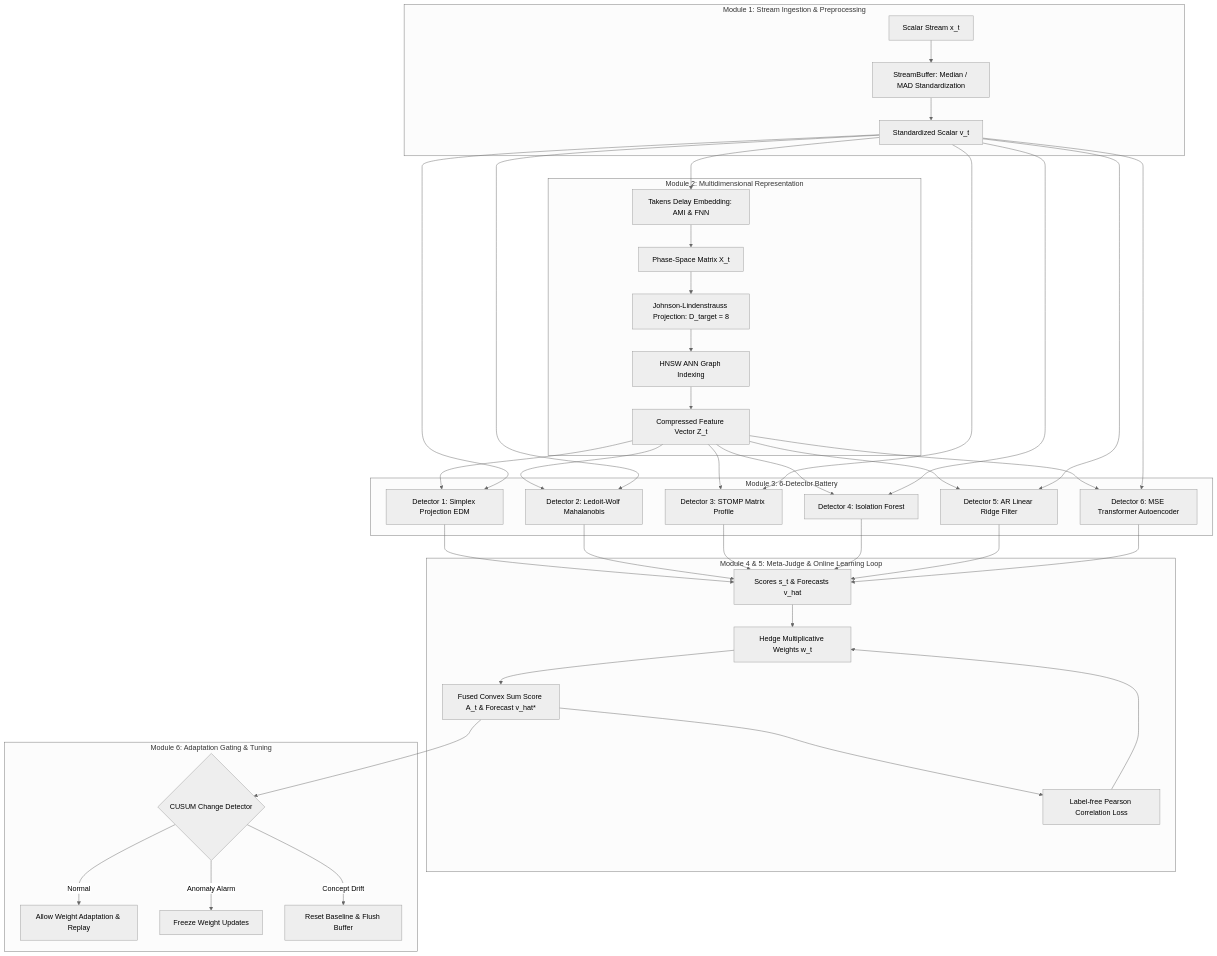
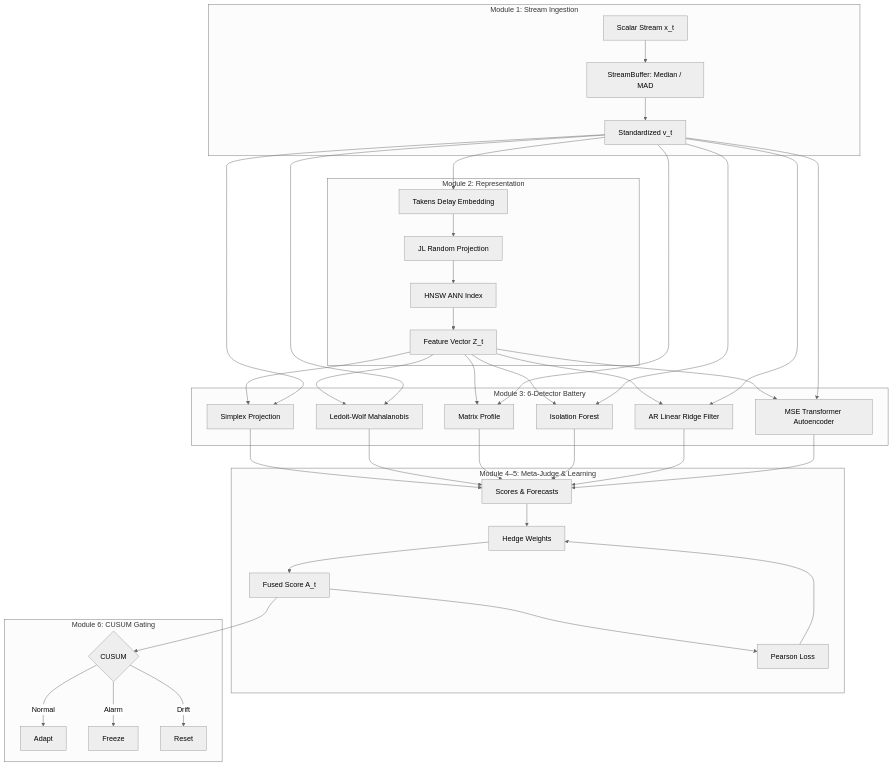
One commit to mohamedhossammohamed/open-phase-ensemble changed the diagram in README.md. Above: the diagram before and after it, drawn with Mermaid (neutral theme). The commit also changed other lines of this file and 11 other files, not shown here.

````diff
--- a/README.md
+++ b/README.md
@@ -21,39 +21,38 @@
 ```mermaid
 flowchart TD
-    subgraph Ingestion ["Module 1: Stream Ingestion & Preprocessing"]
-        Stream[Scalar Stream x_t] --> Buffer[StreamBuffer: Median / MAD Standardization]
-        Buffer --> StreamV[Standardized Scalar v_t]
+    subgraph Ingestion ["Module 1: Stream Ingestion"]
+        Stream[Scalar Stream x_t] --> Buffer[StreamBuffer: Median / MAD]
+        Buffer --> StreamV[Standardized v_t]
     end
 
-    subgraph Representation ["Module 2: Multidimensional Representation"]
-        StreamV --> Takens[Takens Delay Embedding: AMI & FNN]
-        Takens --> MatrixX[Phase-Space Matrix X_t]
-        MatrixX --> JL[Johnson-Lindenstrauss Projection: D_target = 8]
-        JL --> HNSW[HNSW ANN Graph Indexing]
-        HNSW --> VectorZ[Compressed Feature Vector Z_t]
+    subgraph Representation ["Module 2: Representation"]
+        StreamV --> Takens[Takens Delay Embedding]
+        Takens --> JL[JL Random Projection]
+        JL --> HNSW[HNSW ANN Index]
+        HNSW --> VectorZ[Feature Vector Z_t]
     end
 
     subgraph Battery ["Module 3: 6-Detector Battery"]
-        VectorZ & StreamV --> D1[Detector 1: Simplex Projection EDM]
-        VectorZ & StreamV --> D2[Detector 2: Ledoit-Wolf Mahalanobis]
-        VectorZ & StreamV --> D3[Detector 3: STOMP Matrix Profile]
-        VectorZ & StreamV --> D4[Detector 4: Isolation Forest]
-        VectorZ & StreamV --> D5[Detector 5: AR Linear Ridge Filter]
-        VectorZ & StreamV --> D6[Detector 6: MSE Transformer Autoencoder]
+        VectorZ & StreamV --> D1[Simplex Projection]
+        VectorZ & StreamV --> D2[Ledoit-Wolf Mahalanobis]
+        VectorZ & StreamV --> D3[Matrix Profile]
+        VectorZ & StreamV --> D4[Isolation Forest]
+        VectorZ & StreamV --> D5[AR Linear Ridge Filter]
+        VectorZ & StreamV --> D6[MSE Transformer Autoencoder]
     end
 
-    subgraph MetaJudge ["Module 4 & 5: Meta-Judge & Online Learning Loop"]
-        D1 & D2 & D3 & D4 & D5 & D6 --> Scores[Scores s_t & Forecasts v_hat]
-        Scores --> Hedge[Hedge Multiplicative Weights w_t]
-        Hedge --> Fusion[Fused Convex Sum Score A_t & Forecast v_hat*]
-        Fusion --> PearsonLoss[Label-free Pearson Correlation Loss]
+    subgraph MetaJudge ["Module 4–5: Meta-Judge & Learning"]
+        D1 & D2 & D3 & D4 & D5 & D6 --> Scores[Scores & Forecasts]
+        Scores --> Hedge[Hedge Weights]
+        Hedge --> Fusion[Fused Score A_t]
+        Fusion --> PearsonLoss[Pearson Loss]
         PearsonLoss --> Hedge
     end
 
-    subgraph Gating ["Module 6: Adaptation Gating & Tuning"]
-        Fusion --> CUSUM{CUSUM Change Detector}
-        CUSUM -- Normal --> Adapt[Allow Weight Adaptation & Replay]
-        CUSUM -- Anomaly Alarm --> Freeze[Freeze Weight Updates]
-        CUSUM -- Concept Drift --> Flush[Reset Baseline & Flush Buffer]
+    subgraph Gating ["Module 6: CUSUM Gating"]
+        Fusion --> CUSUM{CUSUM}
+        CUSUM -- Normal --> Adapt[Adapt]
+        CUSUM -- Alarm --> Freeze[Freeze]
+        CUSUM -- Drift --> Flush[Reset]
     end
 ```
````
